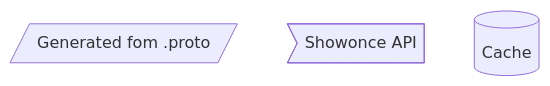
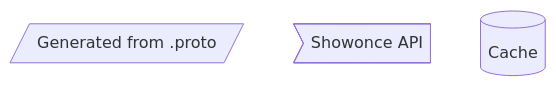
One commit to LeKovr/showonce changed the second of 2 diagrams in README.md. Above: the diagram before and after it, drawn with Mermaid. The commit also changed other lines of this file and 3 other files, not shown here.

````diff
--- a/README.md
+++ b/README.md
@@ -79,6 +79,6 @@
 ```mermaid
 flowchart TD
-  a[/Generated fom .proto/]
+  a[/Generated from .proto/]
   b>Showonce API]
   c[(Cache)]
 ```
````
